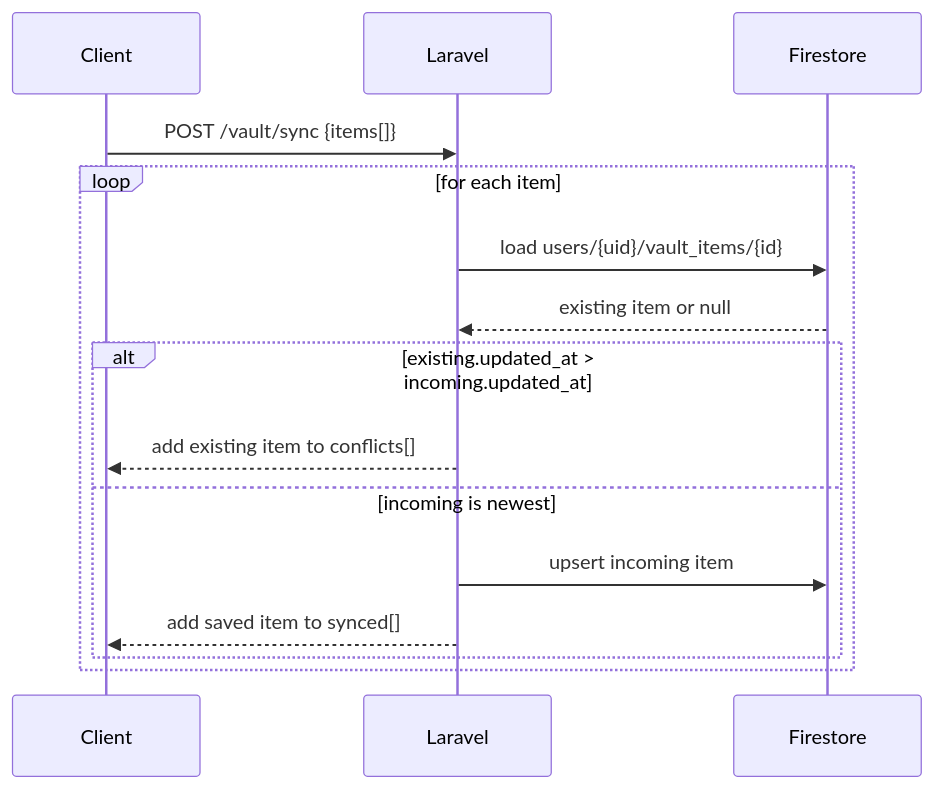
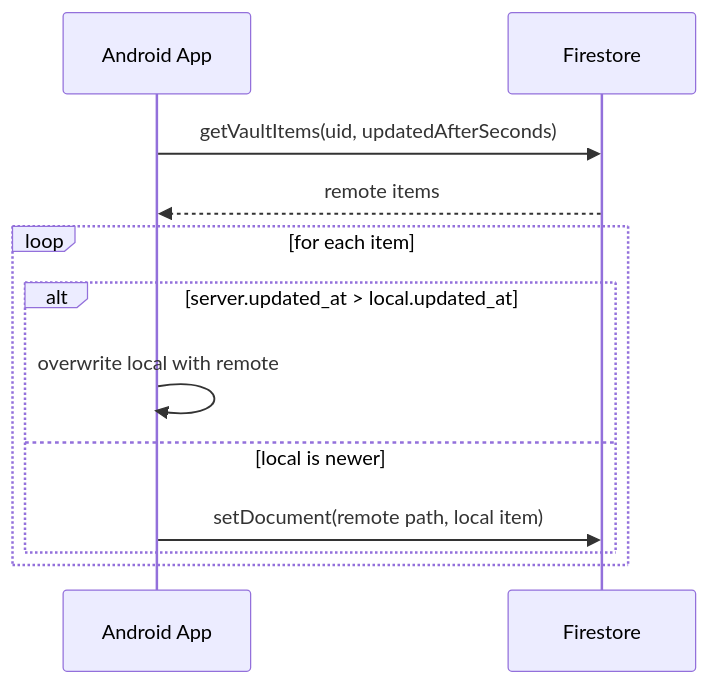
The fifth of 7 diagrams in docs/DIAGRAMS.md (abhay-byte/truvalt), drawn with Mermaid before and after one commit. The commit also changed other lines of this file and 2 other files, not shown here.

First line of the commit message:
docs: Update diagrams, UI docs, and API test results for Firebase-direct

````diff
--- a/docs/DIAGRAMS.md
+++ b/docs/DIAGRAMS.md
@@ -124,18 +98,15 @@
 ```mermaid
 sequenceDiagram
-    participant Client
-    participant Laravel
+    participant Client as Android App
     participant Firestore
 
-    Client->>Laravel: POST /vault/sync {items[]}
+    Client->>Firestore: getVaultItems(uid, updatedAfterSeconds)
+    Firestore-->>Client: remote items
     loop for each item
-        Laravel->>Firestore: load users/{uid}/vault_items/{id}
-        Firestore-->>Laravel: existing item or null
-        alt existing.updated_at > incoming.updated_at
-            Laravel-->>Client: add existing item to conflicts[]
-        else incoming is newest
-            Laravel->>Firestore: upsert incoming item
-            Laravel-->>Client: add saved item to synced[]
+        alt server.updated_at > local.updated_at
+            Client->>Client: overwrite local with remote
+        else local is newer
+            Client->>Firestore: setDocument(remote path, local item)
         end
     end
 ```
````
